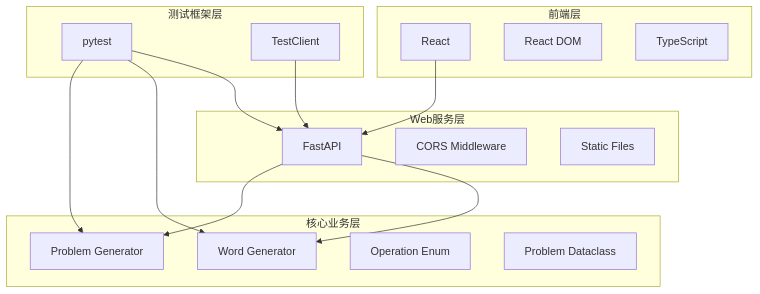
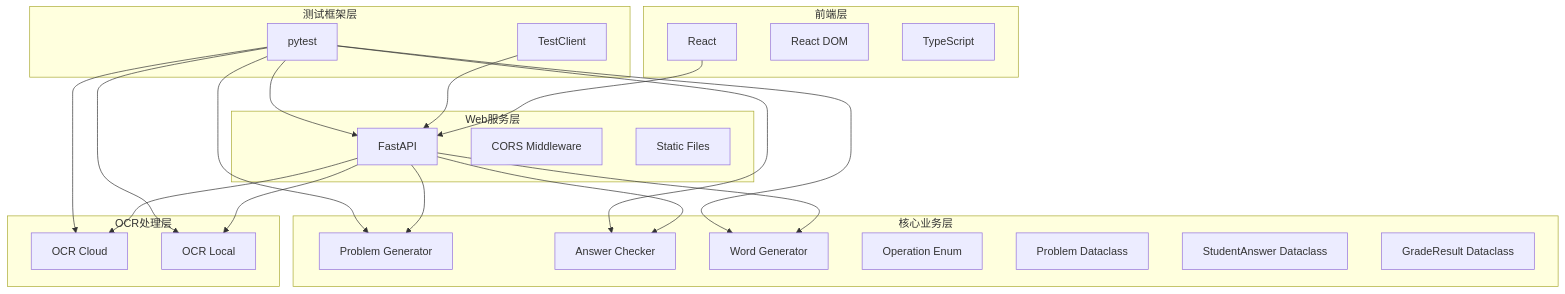
Before and after one commit to SimonWHL/math-learning: diagram 11 of 12 in .qoder/repowiki/zh/content/开发指南/测试框架.md, drawn with Mermaid. The commit also changed other lines of this file and 17 other files, not shown here.

Commit message:
feat: add grading feature - OCR-based answer checking with photo annotation

````diff
--- a/.qoder/repowiki/zh/content/开发指南/测试框架.md
+++ b/.qoder/repowiki/zh/content/开发指南/测试框架.md
@@ -340,30 +488,43 @@
 ```mermaid
 graph TB
 subgraph "测试框架层"
 Pytest[pytest]
 TestClient[TestClient]
 end
 subgraph "核心业务层"
 Generator[Problem Generator]
+Checker[Answer Checker]
 WordGen[Word Generator]
 Operation[Operation Enum]
 Problem[Problem Dataclass]
+StudentAnswer[StudentAnswer Dataclass]
+GradeResult[GradeResult Dataclass]
+end
+subgraph "OCR处理层"
+OCRCloud[OCR Cloud]
+OCRLocal[OCR Local]
 end
 subgraph "Web服务层"
 FastAPI[FastAPI]
 CORS[CORS Middleware]
 StaticFiles[Static Files]
 end
 subgraph "前端层"
 React[React]
 ReactDOM[React DOM]
 Typescript[TypeScript]
 end
 Pytest --> Generator
+Pytest --> Checker
 Pytest --> WordGen
+Pytest --> OCRCloud
+Pytest --> OCRLocal
 Pytest --> FastAPI
 TestClient --> FastAPI
 FastAPI --> Generator
+FastAPI --> Checker
 FastAPI --> WordGen
+FastAPI --> OCRCloud
+FastAPI --> OCRLocal
 React --> FastAPI
 ```
````
